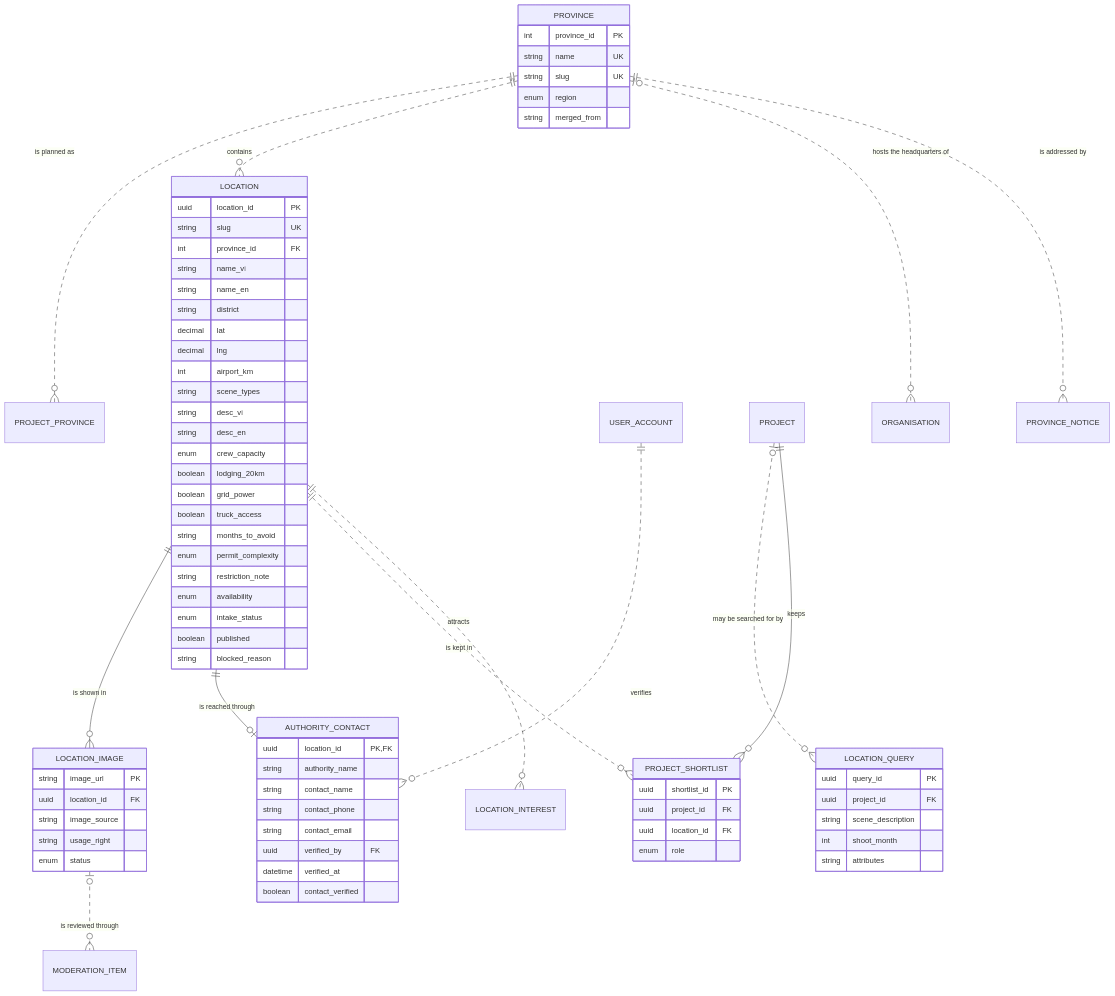
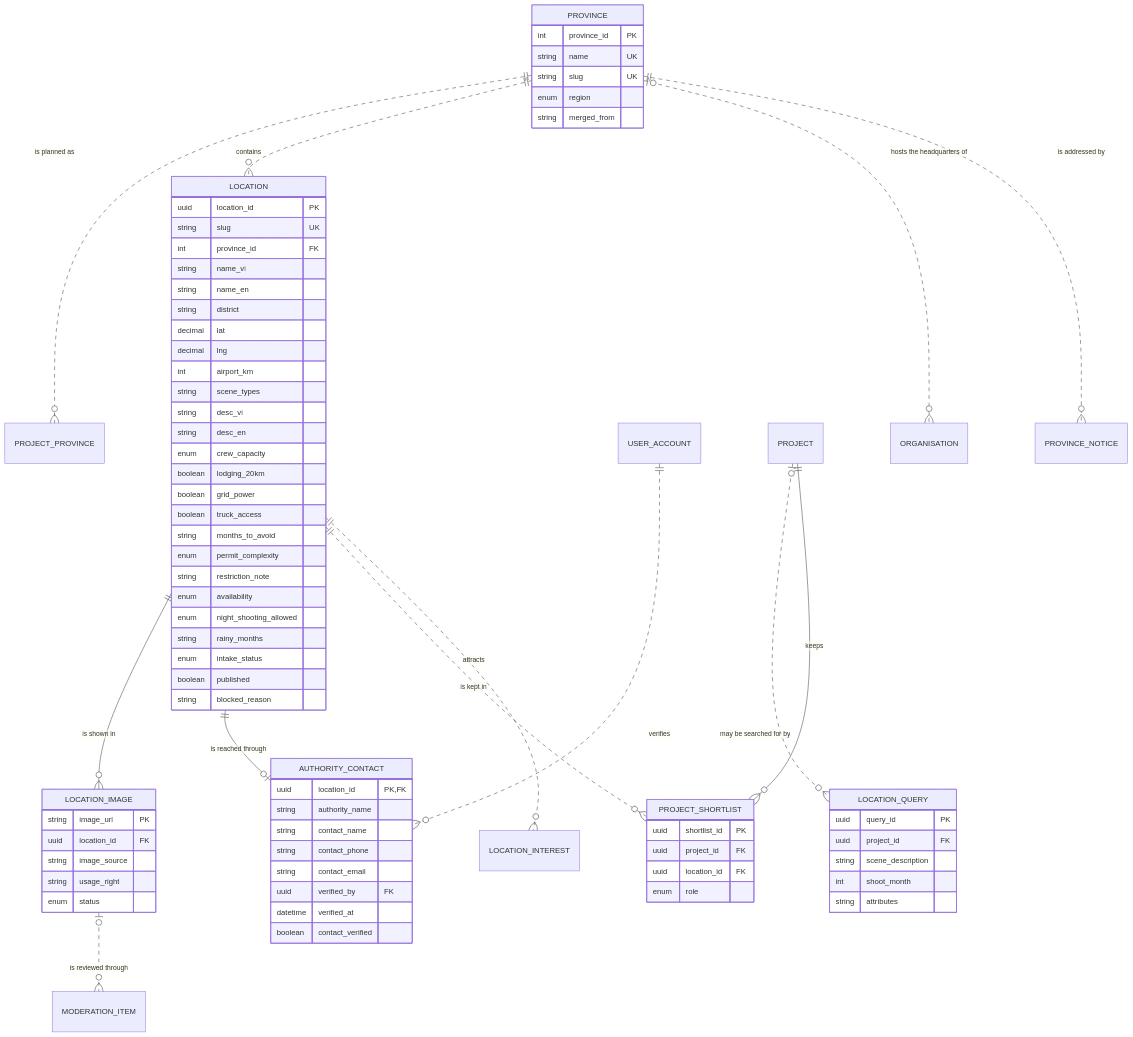
The diagram in data/data-model-M3.md (namnt2005/CINEMATCH-DBIZ3.TeamC), drawn with Mermaid before and after one commit. The commit also changed other lines of this file and 130 other files, not shown here.

````diff
--- a/data/data-model-M3.md
+++ b/data/data-model-M3.md
@@ -179,77 +181,79 @@
 ```mermaid
 erDiagram
     PROVINCE ||..o{ PROJECT_PROVINCE : "is planned as"
     PROVINCE ||..o{ LOCATION : "contains"
     LOCATION ||--o{ LOCATION_IMAGE : "is shown in"
     LOCATION ||--o| AUTHORITY_CONTACT : "is reached through"
     USER_ACCOUNT ||..o{ AUTHORITY_CONTACT : "verifies"
     PROJECT |o..o{ LOCATION_QUERY : "may be searched for by"
     PROJECT ||--o{ PROJECT_SHORTLIST : "keeps"
     LOCATION ||..o{ PROJECT_SHORTLIST : "is kept in"
     PROVINCE |o..o{ ORGANISATION : "hosts the headquarters of"
     LOCATION ||..o{ LOCATION_INTEREST : "attracts"
     PROVINCE ||..o{ PROVINCE_NOTICE : "is addressed by"
     LOCATION_IMAGE |o..o{ MODERATION_ITEM : "is reviewed through"
     LOCATION {
         uuid location_id PK
         string slug UK
         int province_id FK
         string name_vi
         string name_en
         string district
         decimal lat
         decimal lng
         int airport_km
         string scene_types
         string desc_vi
         string desc_en
         enum crew_capacity
         boolean lodging_20km
         boolean grid_power
         boolean truck_access
         string months_to_avoid
         enum permit_complexity
         string restriction_note
         enum availability
+        enum night_shooting_allowed
+        string rainy_months
         enum intake_status
         boolean published
         string blocked_reason
     }
     LOCATION_IMAGE {
         string image_url PK
         uuid location_id FK
         string image_source
         string usage_right
         enum status
     }
     AUTHORITY_CONTACT {
         uuid location_id PK,FK
         string authority_name
         string contact_name
         string contact_phone
         string contact_email
         uuid verified_by FK
         datetime verified_at
         boolean contact_verified
     }
     PROVINCE {
         int province_id PK
         string name UK
         string slug UK
         enum region
         string merged_from
     }
     LOCATION_QUERY {
         uuid query_id PK
         uuid project_id FK
         string scene_description
         int shoot_month
         string attributes
     }
     PROJECT_SHORTLIST {
         uuid shortlist_id PK
         uuid project_id FK
         uuid location_id FK
         enum role
     }
 ```
````
